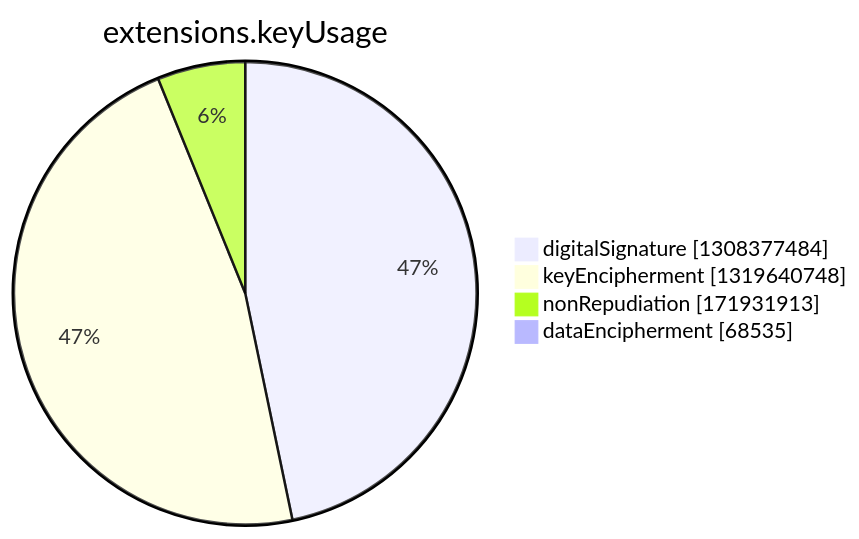
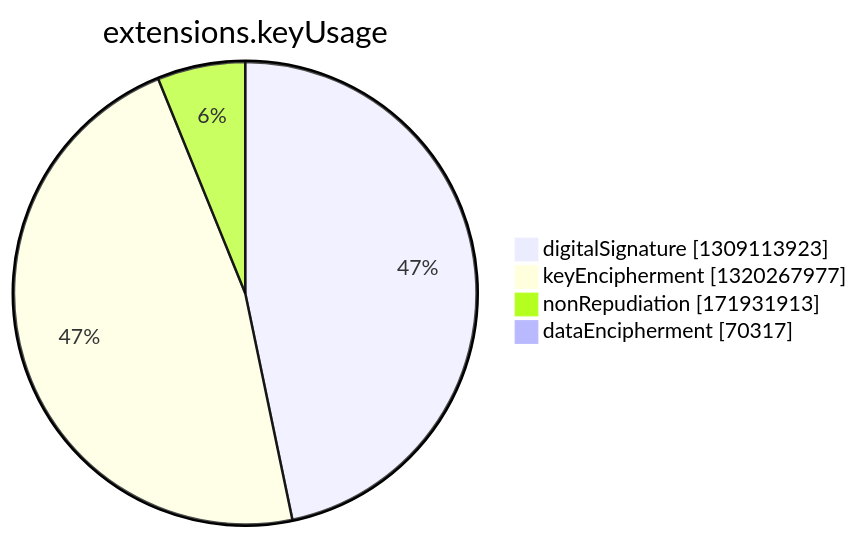
One commit to christiankrug/ctmonitor_visualization changed the seventh of 15 diagrams in argon2022/README.md. Above: the diagram before and after it, drawn with Mermaid. The commit also changed other lines of this file, not shown here.

````diff
--- a/argon2022/README.md
+++ b/argon2022/README.md
@@ -2750,8 +2750,8 @@
 ```mermaid
 pie showData
 title extensions.keyUsage
-"digitalSignature" :1308377484
-"keyEncipherment" :1319640748
+"digitalSignature" :1309113923
+"keyEncipherment" :1320267977
 "nonRepudiation" :171931913
-"dataEncipherment" :68535
+"dataEncipherment" :70317
 ```
````
